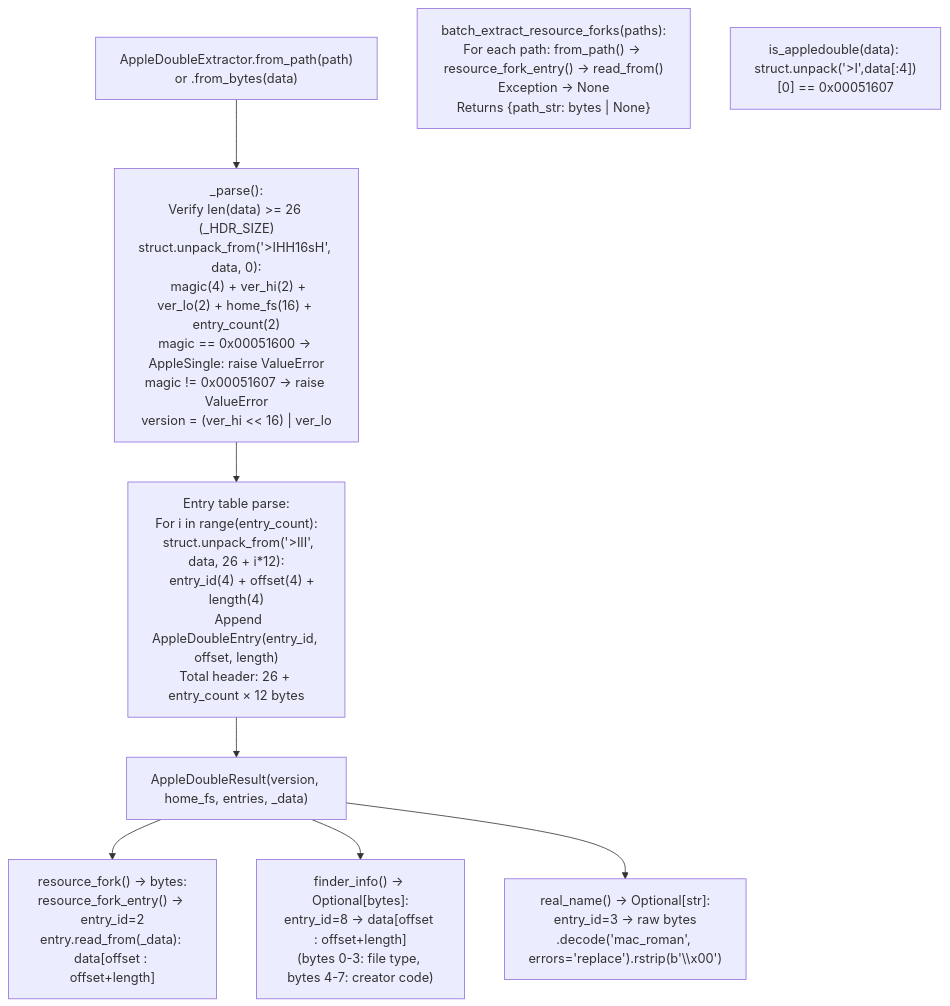
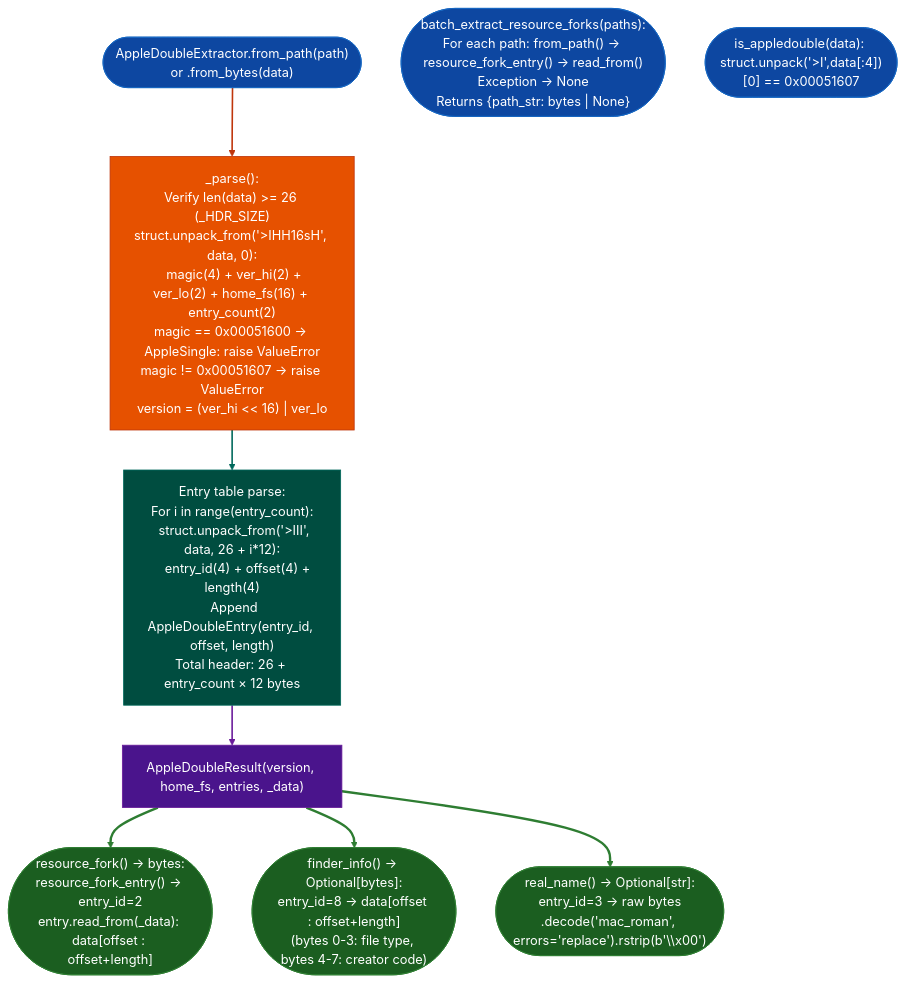
Before and after one commit to Ablation-Tool/ablation: the diagram in docs/reference-modules/appledouble-resource-forks.md, drawn with Mermaid. The commit also changed 320 other files, not shown here.

First line of the commit message:
docs: apply canonical Mermaid template to all 321 diagrams

````diff
--- a/docs/reference-modules/appledouble-resource-forks.md
+++ b/docs/reference-modules/appledouble-resource-forks.md
@@ -19,11 +19,23 @@
 ```mermaid
 flowchart TD
-    A["AppleDoubleExtractor.from_path(path)\nor .from_bytes(data)"] --> B["_parse():\nVerify len(data) >= 26 (_HDR_SIZE)\nstruct.unpack_from('>IHH16sH', data, 0):\n  magic(4) + ver_hi(2) + ver_lo(2) + home_fs(16) + entry_count(2)\nmagic == 0x00051600 → AppleSingle: raise ValueError\nmagic != 0x00051607 → raise ValueError\nversion = (ver_hi << 16) | ver_lo"]
-    B --> C["Entry table parse:\nFor i in range(entry_count):\n  struct.unpack_from('>III', data, 26 + i*12):\n    entry_id(4) + offset(4) + length(4)\n  Append AppleDoubleEntry(entry_id, offset, length)\nTotal header: 26 + entry_count × 12 bytes"]
-    C --> D["AppleDoubleResult(version, home_fs, entries, _data)"]
-    D --> E["resource_fork() → bytes:\nresource_fork_entry() → entry_id=2\nentry.read_from(_data): data[offset : offset+length]"]
-    D --> F["finder_info() → Optional[bytes]:\nentry_id=8 → data[offset : offset+length]\n(bytes 0-3: file type, bytes 4-7: creator code)"]
-    D --> G["real_name() → Optional[str]:\nentry_id=3 → raw bytes\n.decode('mac_roman', errors='replace').rstrip(b'\\x00')"]
-    H["batch_extract_resource_forks(paths):\nFor each path: from_path() → resource_fork_entry() → read_from()\nException → None\nReturns {path_str: bytes | None}"]
-    I["is_appledouble(data): struct.unpack('>I',data[:4])[0] == 0x00051607"]
+    A(["AppleDoubleExtractor.from_path(path)\nor .from_bytes(data)"]):::input --> B["_parse():\nVerify len(data) >= 26 (_HDR_SIZE)\nstruct.unpack_from('>IHH16sH', data, 0):\n  magic(4) + ver_hi(2) + ver_lo(2) + home_fs(16) + entry_count(2)\nmagic == 0x00051600 → AppleSingle: raise ValueError\nmagic != 0x00051607 → raise ValueError\nversion = (ver_hi << 16) | ver_lo"]:::primary
+    B:::primary --> C["Entry table parse:\nFor i in range(entry_count):\n  struct.unpack_from('>III', data, 26 + i*12):\n    entry_id(4) + offset(4) + length(4)\n  Append AppleDoubleEntry(entry_id, offset, length)\nTotal header: 26 + entry_count × 12 bytes"]:::secondary
+    C:::secondary --> D["AppleDoubleResult(version, home_fs, entries, _data)"]:::tertiary
+    D:::tertiary --> E(["resource_fork() → bytes:\nresource_fork_entry() → entry_id=2\nentry.read_from(_data): data[offset : offset+length]"]):::output
+    D:::tertiary --> F(["finder_info() → Optional[bytes]:\nentry_id=8 → data[offset : offset+length]\n(bytes 0-3: file type, bytes 4-7: creator code)"]):::output
+    D:::tertiary --> G(["real_name() → Optional[str]:\nentry_id=3 → raw bytes\n.decode('mac_roman', errors='replace').rstrip(b'\\x00')"]):::output
+    H(["batch_extract_resource_forks(paths):\nFor each path: from_path() → resource_fork_entry() → read_from()\nException → None\nReturns {path_str: bytes | None}"]):::input
+    I(["is_appledouble(data): struct.unpack('>I',data[:4])[0] == 0x00051607"]):::input
+    classDef input     fill:#0d47a1,stroke:#1565c0,color:#fff
+    classDef primary   fill:#e65100,stroke:#bf360c,color:#fff
+    classDef secondary fill:#004d40,stroke:#00695c,color:#fff
+    classDef tertiary  fill:#4a148c,stroke:#6a1b9a,color:#fff
+    classDef neutral   fill:#37474f,stroke:#546e7a,color:#fff
+    classDef output    fill:#1b5e20,stroke:#2e7d32,color:#fff
+    linkStyle 0 stroke:#bf360c,stroke-width:2px
+    linkStyle 1 stroke:#00695c,stroke-width:2px
+    linkStyle 2 stroke:#6a1b9a,stroke-width:2px
+    linkStyle 3 stroke:#2e7d32,stroke-width:3px
+    linkStyle 4 stroke:#2e7d32,stroke-width:3px
+    linkStyle 5 stroke:#2e7d32,stroke-width:3px
 ```
````
